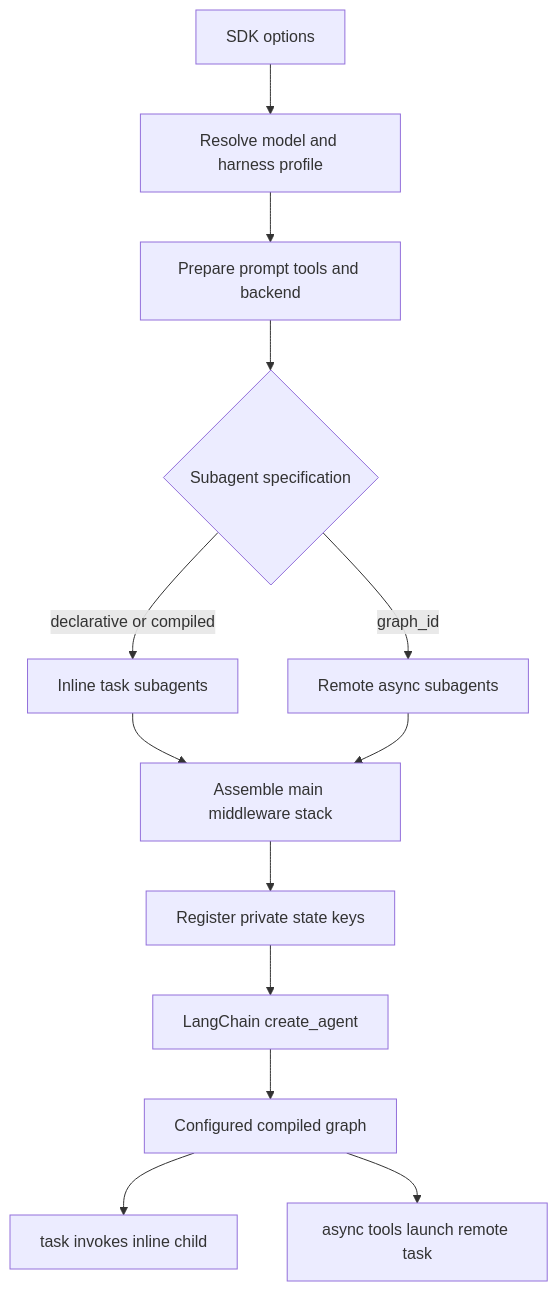
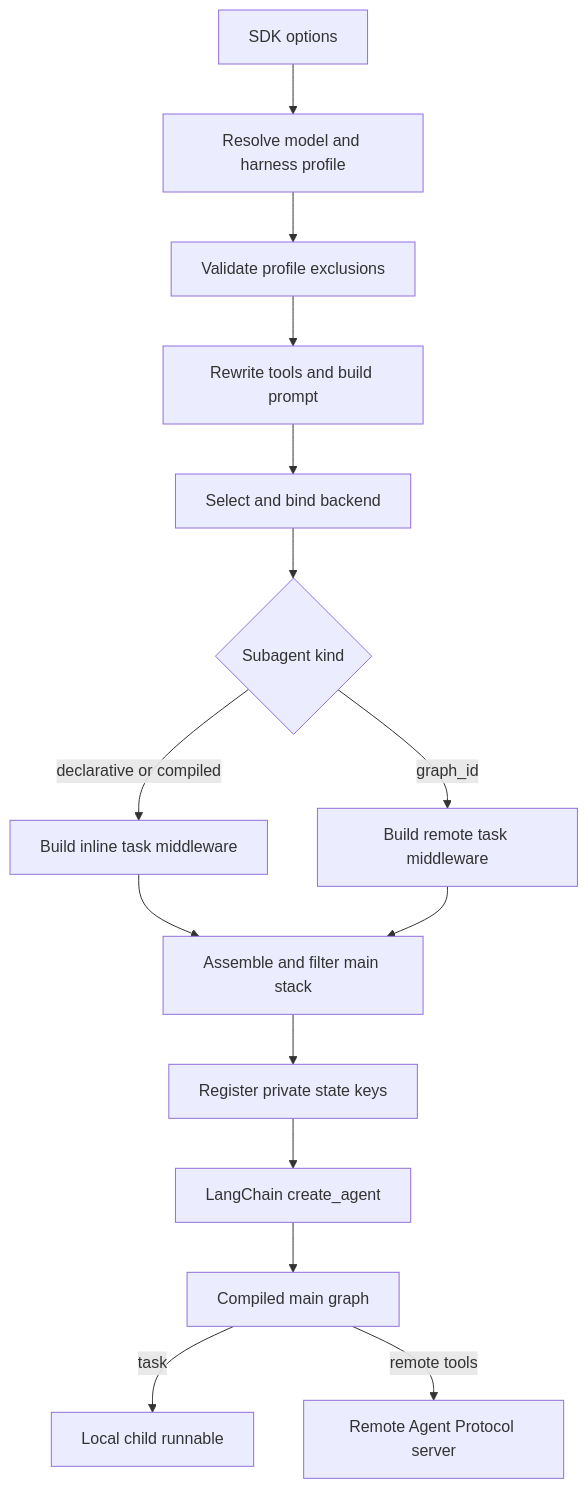
Before and after one commit to langchain-ai/deepagents: the diagram in openwiki/architecture/sdk-construction-execution.md, drawn with Mermaid. The commit also changed other lines of this file and 46 other files, not shown here.

````diff
--- a/openwiki/architecture/sdk-construction-execution.md
+++ b/openwiki/architecture/sdk-construction-execution.md
@@ -39,15 +41,17 @@
 ```mermaid
 flowchart TD
     Input["SDK options"] --> Resolve["Resolve model and harness profile"]
-    Resolve --> Prepare["Prepare prompt tools and backend"]
-    Prepare --> Split{"Subagent specification"}
-    Split -->|"declarative or compiled"| Inline["Inline task subagents"]
-    Split -->|"graph_id"| Remote["Remote async subagents"]
-    Inline --> Stack["Assemble main middleware stack"]
+    Resolve --> Validate["Validate profile exclusions"]
+    Validate --> Prepare["Rewrite tools and build prompt"]
+    Prepare --> Backend["Select and bind backend"]
+    Backend --> Split{"Subagent kind"}
+    Split -->|"declarative or compiled"| Inline["Build inline task middleware"]
+    Split -->|"graph_id"| Remote["Build remote task middleware"]
+    Inline --> Stack["Assemble and filter main stack"]
     Remote --> Stack
-    Stack --> Schema["Register private state keys"]
-    Schema --> Compile["LangChain create_agent"]
-    Compile --> Graph["Configured compiled graph"]
-    Graph --> Task["task invokes inline child"]
-    Graph --> Async["async tools launch remote task"]
+    Stack --> Private["Register private state keys"]
+    Private --> Compile["LangChain create_agent"]
+    Compile --> Main["Compiled main graph"]
+    Main -->|"task"| Child["Local child runnable"]
+    Main -->|"remote tools"| Server["Remote Agent Protocol server"]
 ```
````
